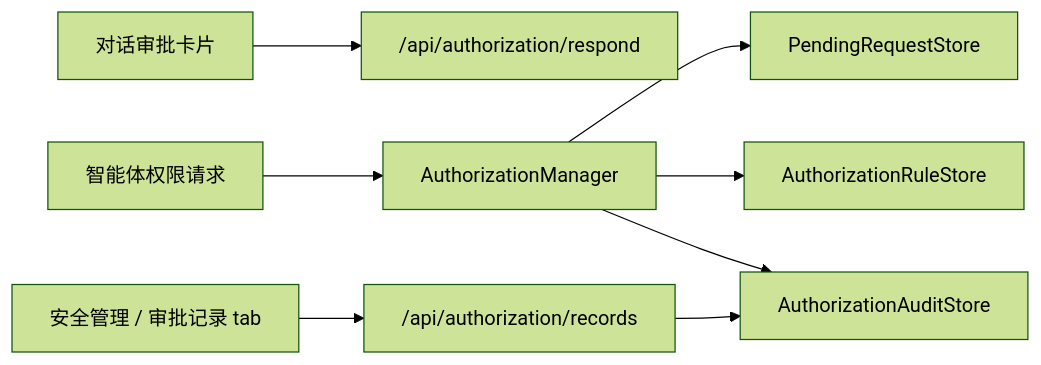
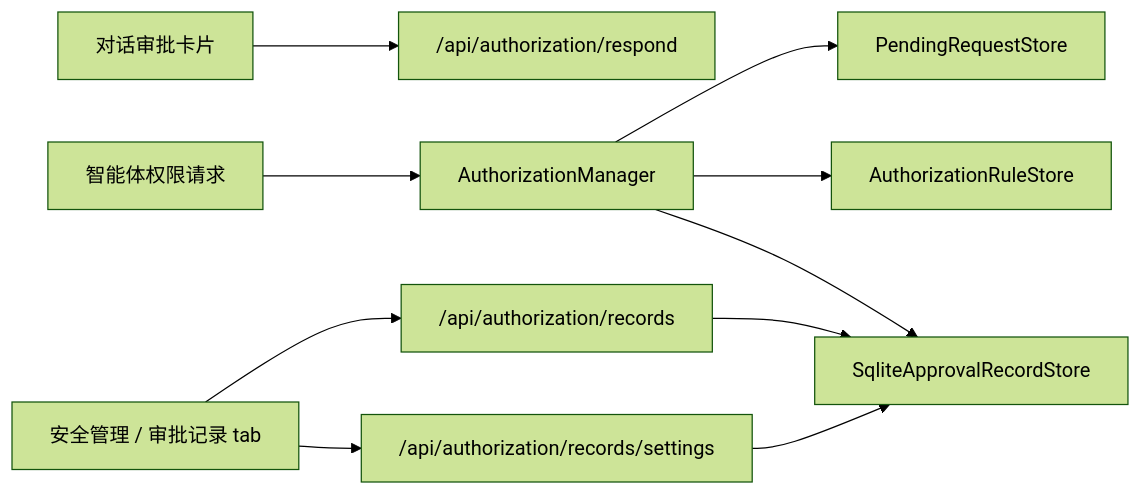
Before and after one commit to henshoudaji/clowder-ai: the third of 5 diagrams in docs/new_design/2026-05-15-security-approval-records-design.md, drawn with Mermaid (forest theme). The commit also changed other lines of this file, not shown here.

````diff
--- a/docs/new_design/2026-05-15-security-approval-records-design.md
+++ b/docs/new_design/2026-05-15-security-approval-records-design.md
@@ -468,10 +583,12 @@
 ```mermaid
 flowchart LR
   Chat["对话审批卡片"] --> AuthRoute["/api/authorization/respond"]
   Agent["智能体权限请求"] --> AuthManager["AuthorizationManager"]
   AuthManager --> PendingStore["PendingRequestStore"]
   AuthManager --> RuleStore["AuthorizationRuleStore"]
-  AuthManager --> AuditStore["AuthorizationAuditStore"]
+  AuthManager --> ApprovalStore["SqliteApprovalRecordStore"]
   SecurityUI["安全管理 / 审批记录 tab"] --> RecordsApi["/api/authorization/records"]
-  RecordsApi --> AuditStore
+  SecurityUI --> SettingsApi["/api/authorization/records/settings"]
+  RecordsApi --> ApprovalStore
+  SettingsApi --> ApprovalStore
 ```
````
